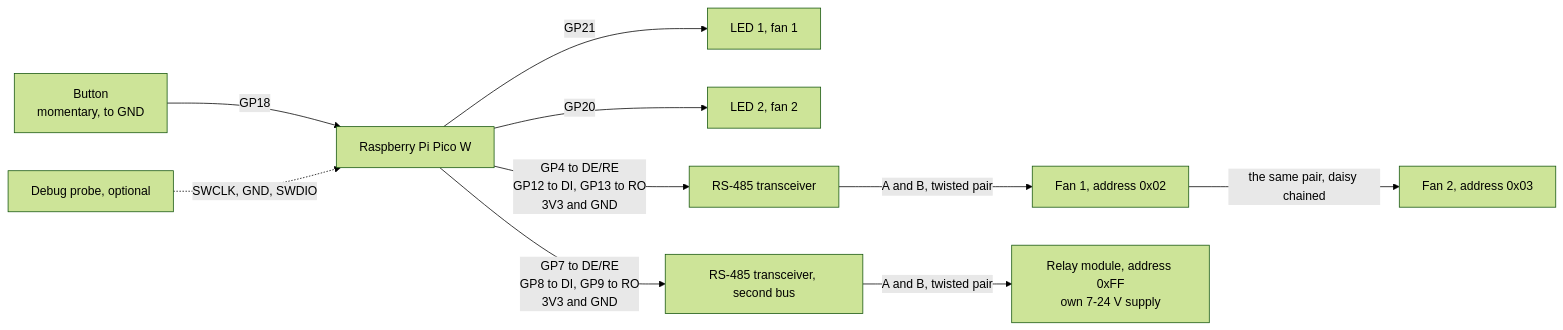
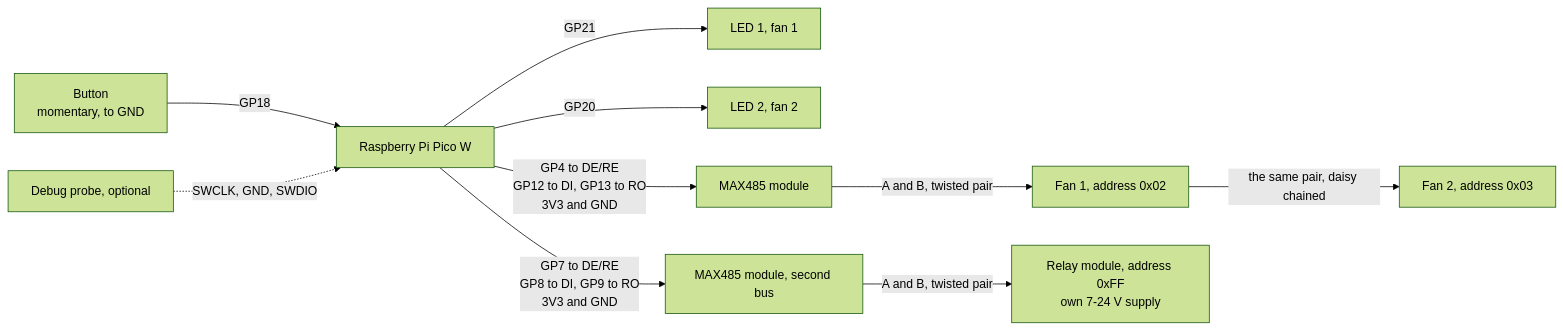
Before and after one commit to SantaClaas/embedded-fan-control: the diagram in fan-controller/documentation.md, drawn with Mermaid (forest theme). The commit also changed other lines of this file, not shown here.

First line of the commit message:
docs: describe the MAX485 modules this build actually uses

````diff
--- a/fan-controller/documentation.md
+++ b/fan-controller/documentation.md
@@ -85,12 +85,12 @@
 ```mermaid
 flowchart LR
     BUTTON[Button<br/>momentary, to GND] -- GP18 --> PICO
     PICO -- GP21 --> LED1[LED 1, fan 1]
     PICO -- GP20 --> LED2[LED 2, fan 2]
-    PICO[Raspberry Pi Pico W] -- "GP4 to DE/RE<br/>GP12 to DI, GP13 to RO<br/>3V3 and GND" --> TRANSCEIVER[RS-485 transceiver]
+    PICO[Raspberry Pi Pico W] -- "GP4 to DE/RE<br/>GP12 to DI, GP13 to RO<br/>3V3 and GND" --> TRANSCEIVER[MAX485 module]
     TRANSCEIVER -- "A and B, twisted pair" --> FAN1[Fan 1, address 0x02]
     FAN1 -- "the same pair, daisy chained" --> FAN2[Fan 2, address 0x03]
-    PICO -- "GP7 to DE/RE<br/>GP8 to DI, GP9 to RO<br/>3V3 and GND" --> TRANSCEIVER2[RS-485 transceiver, second bus]
+    PICO -- "GP7 to DE/RE<br/>GP8 to DI, GP9 to RO<br/>3V3 and GND" --> TRANSCEIVER2[MAX485 module, second bus]
     TRANSCEIVER2 -- "A and B, twisted pair" --> RELAY[Relay module, address 0xFF<br/>own 7-24 V supply]
     PROBE[Debug probe, optional] -. "SWCLK, GND, SWDIO" .-> PICO
 ```
````
